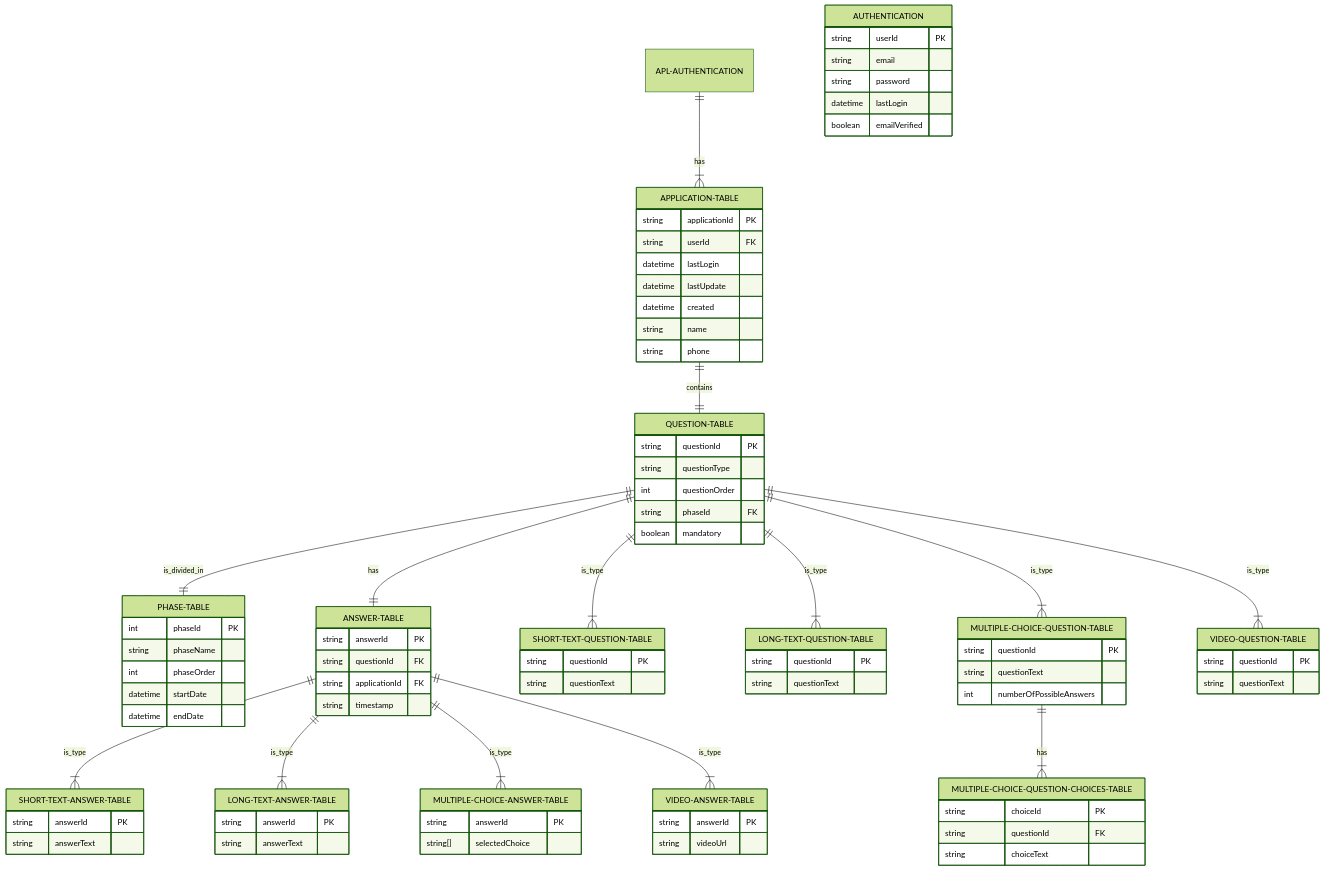
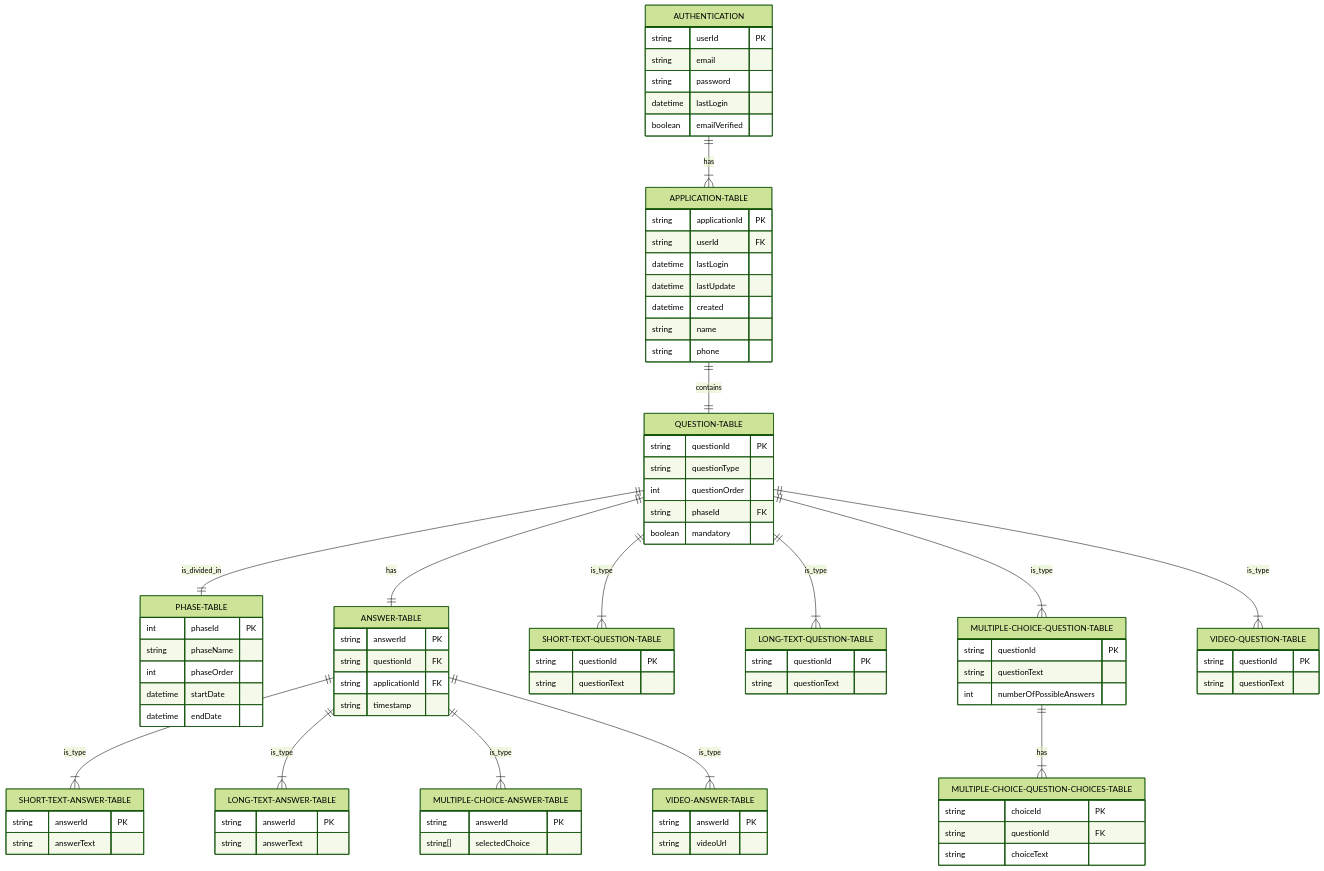
One commit to Interperle/application-platform changed the diagram in backend/README.md. Above: the diagram before and after it, drawn with Mermaid (forest theme).

Commit message:
renamed old APL_AUTHENTICATION

````diff
--- a/backend/README.md
+++ b/backend/README.md
@@ -5,6 +5,6 @@
 ```mermaid
 erDiagram
-    APL-AUTHENTICATION ||--|{ APPLICATION-TABLE : has
+    AUTHENTICATION ||--|{ APPLICATION-TABLE : has
     APPLICATION-TABLE ||--|| QUESTION-TABLE : contains
     QUESTION-TABLE ||--|| PHASE-TABLE : is_divided_in
     QUESTION-TABLE ||--|| ANSWER-TABLE : has
````
